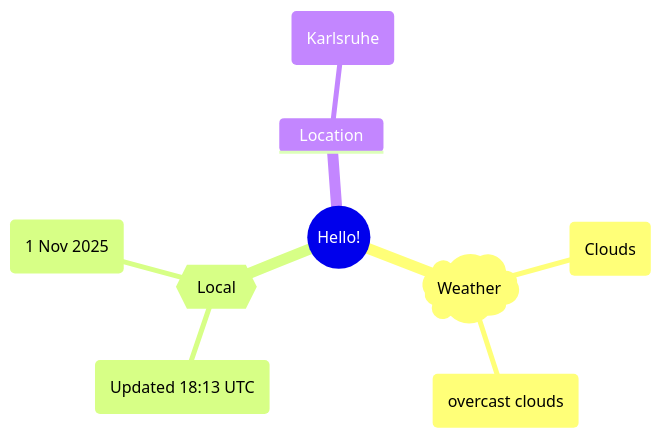
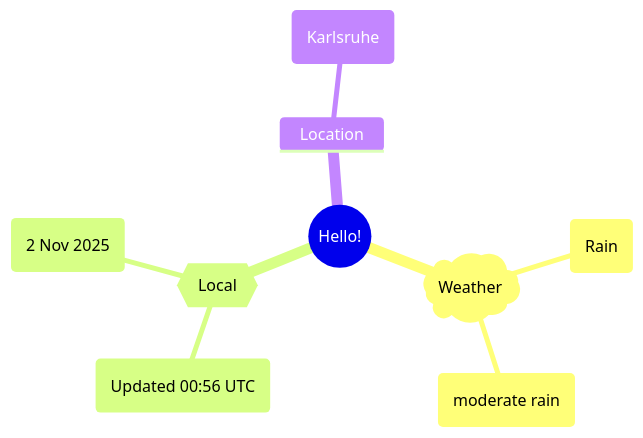
The first of 2 diagrams in README.md (Xosrov/Xosrov), drawn with Mermaid before and after one commit.

Commit message:
[bot] updated images

````diff
--- a/README.md
+++ b/README.md
@@ -3,12 +3,12 @@
 ```mermaid
 mindmap
   root((Hello!))
     )Weather(
-        (Clouds)
-        (overcast clouds)
+        (Rain)
+        (moderate rain)
     {{Local}}
-        (Updated 18:13 UTC)
-        (1 Nov 2025)
+        (Updated 00:56 UTC)
+        (2 Nov 2025)
     Location
         (Karlsruhe)
 ```
````
